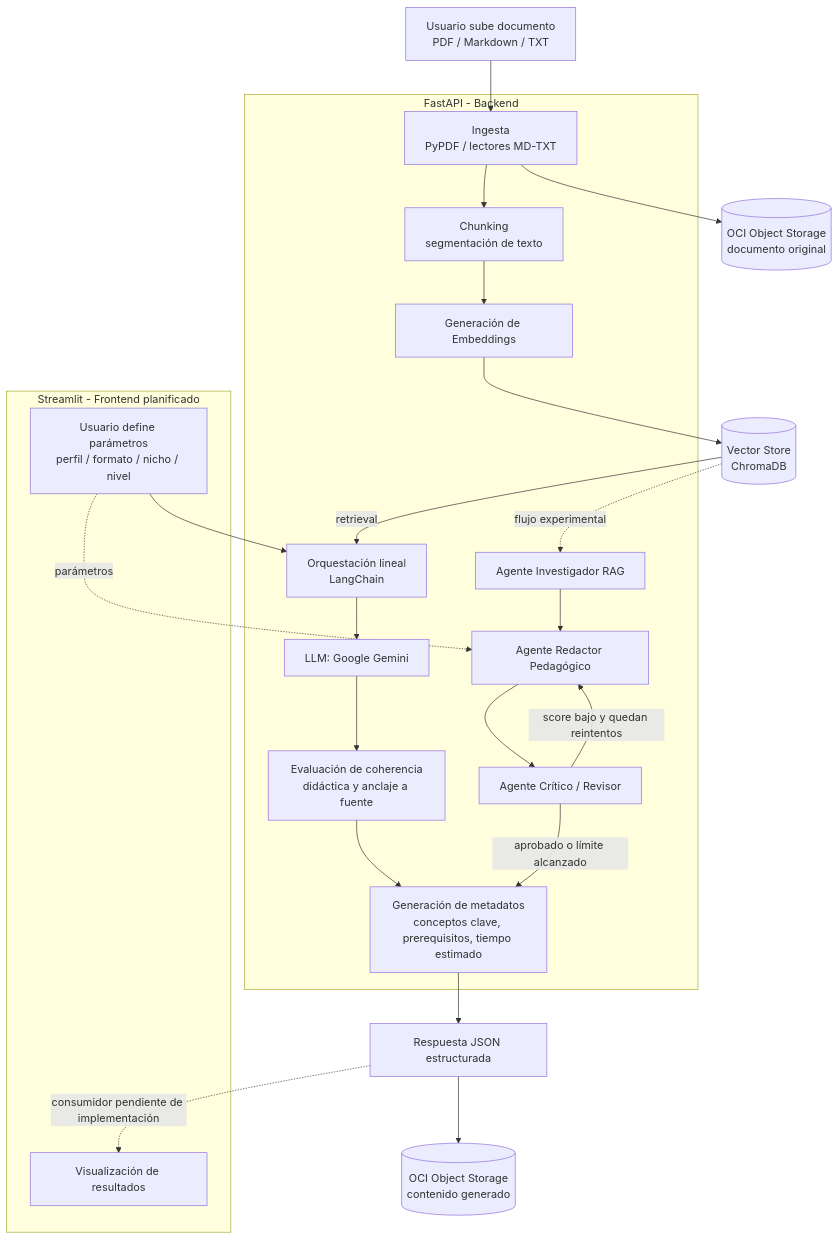
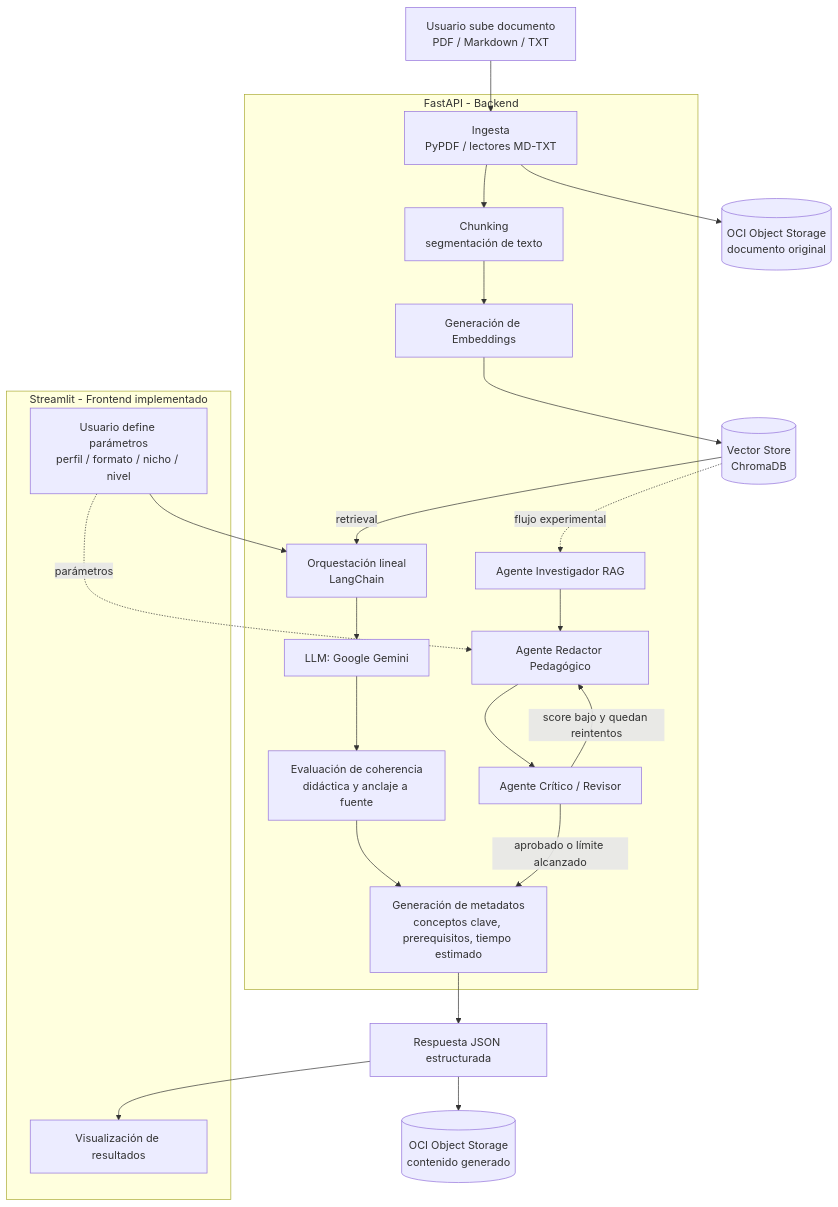
One commit to No-Country-simulation/nuevamente-g10-latam-equipo21 changed the diagram in docs/ARCHITECTURE.md. Above: the diagram before and after it, drawn with Mermaid. The commit also changed other lines of this file and 1 other file, not shown here.

Commit message:
docs(NM-16): actualizar frontend y despliegue OCI en la documentación

````diff
--- a/docs/ARCHITECTURE.md
+++ b/docs/ARCHITECTURE.md
@@ -15,44 +15,44 @@
 ```mermaid
 flowchart TD
     A[Usuario sube documento<br/>PDF / Markdown / TXT] --> B[Ingesta<br/>PyPDF / lectores MD-TXT]
     B --> C[Chunking<br/>segmentación de texto]
     C --> D[Generación de Embeddings]
     D --> E[(Vector Store<br/>ChromaDB)]
 
     F[Usuario define parámetros<br/>perfil / formato / nicho / nivel] --> G[Orquestación lineal<br/>LangChain]
     E -- retrieval --> G
     G --> H[LLM: Google Gemini]
     H --> I[Evaluación de coherencia<br/>didáctica y anclaje a fuente]
     I --> J[Generación de metadatos<br/>conceptos clave, prerequisitos, tiempo estimado]
     J --> K[Respuesta JSON estructurada]
 
     E -. flujo experimental .-> A1[Agente Investigador RAG]
     F -. parámetros .-> A2[Agente Redactor Pedagógico]
     A1 --> A2
     A2 --> A3[Agente Crítico / Revisor]
     A3 -- score bajo y quedan reintentos --> A2
     A3 -- aprobado o límite alcanzado --> J
 
     B --> L[(OCI Object Storage<br/>documento original)]
     K --> M[(OCI Object Storage<br/>contenido generado)]
 
     subgraph Backend [FastAPI - Backend]
         B
         C
         D
         G
         H
         I
         J
         A1
         A2
         A3
     end
 
-    subgraph Frontend [Streamlit - Frontend planificado]
+    subgraph Frontend [Streamlit - Frontend implementado]
         F
         N[Visualización de resultados]
     end
 
-    K -. consumidor pendiente de implementación .-> N
+    K --> N
 ```
````
